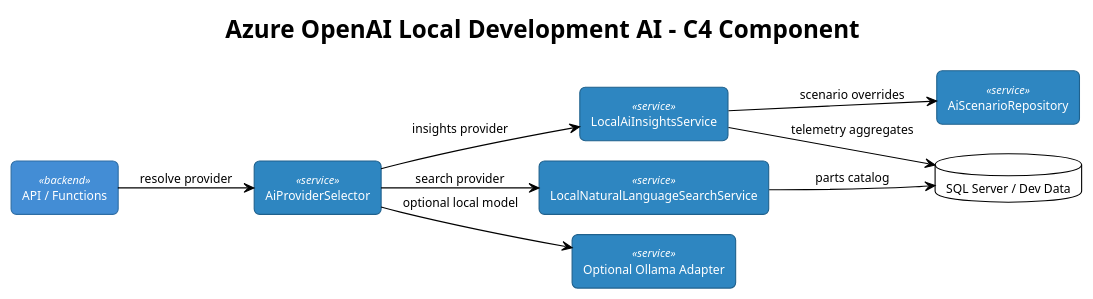
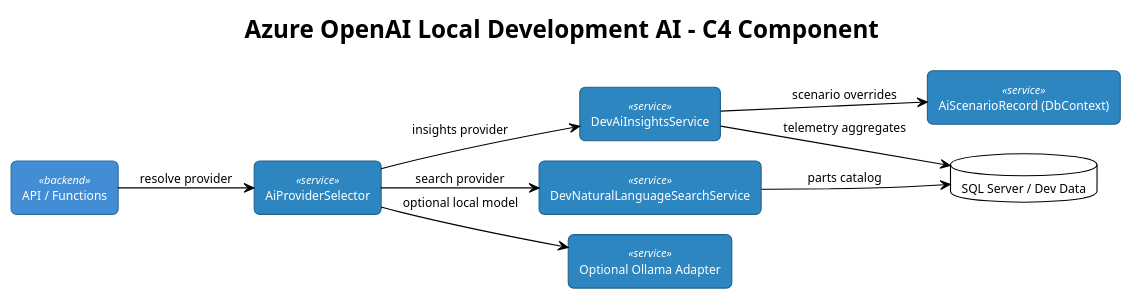
The diagram in docs/detailed-designs/21-openai-local-development-ai/diagrams/c4_component.puml (QuinntyneBrown/Toromont), drawn with PlantUML before and after one commit. The commit also changed 13 other files, not shown here.

First line of the commit message:
docs: update detailed designs 19-21, create design 22 (Azure Functions local dev)

```diff
--- a/docs/detailed-designs/21-openai-local-development-ai/diagrams/c4_component.puml
+++ b/docs/detailed-designs/21-openai-local-development-ai/diagrams/c4_component.puml
@@ -1,41 +1,41 @@
 @startuml c4_component
 !theme plain
 !pragma layout smetana
 left to right direction
 skinparam shadowing false
 skinparam defaultFontSize 11
 skinparam rectangle {
   RoundCorner 10
   StereotypeFontSize 10
 }
 
 title Azure OpenAI Local Development AI - C4 Component
 
 skinparam rectangle<<backend>> {
   BackgroundColor #438DD5
   FontColor white
   BorderColor #2E6DA4
 }
 skinparam rectangle<<service>> {
   BackgroundColor #2E86C1
   FontColor white
   BorderColor #1F618D
 }
 
 rectangle "API / Functions" <<backend>> as app
 rectangle "AiProviderSelector" <<service>> as selector
-rectangle "LocalAiInsightsService" <<service>> as insights
-rectangle "LocalNaturalLanguageSearchService" <<service>> as search
-rectangle "AiScenarioRepository" <<service>> as scenarios
+rectangle "DevAiInsightsService" <<service>> as insights
+rectangle "DevNaturalLanguageSearchService" <<service>> as search
+rectangle "AiScenarioRecord (DbContext)" <<service>> as scenarios
 rectangle "Optional Ollama Adapter" <<service>> as ollama
 database "SQL Server / Dev Data" as db
 
 app --> selector : resolve provider
 selector --> insights : insights provider
 selector --> search : search provider
 insights --> db : telemetry aggregates
 insights --> scenarios : scenario overrides
 search --> db : parts catalog
 selector --> ollama : optional local model
 
 @enduml
```
